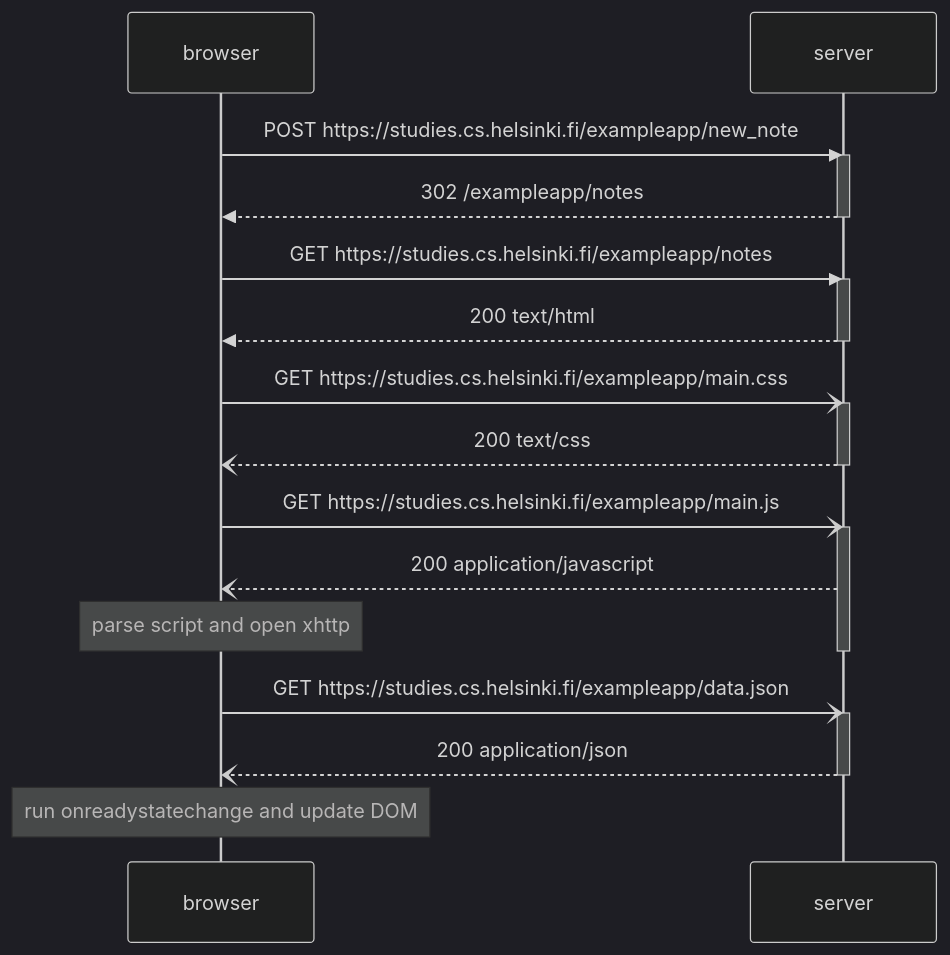
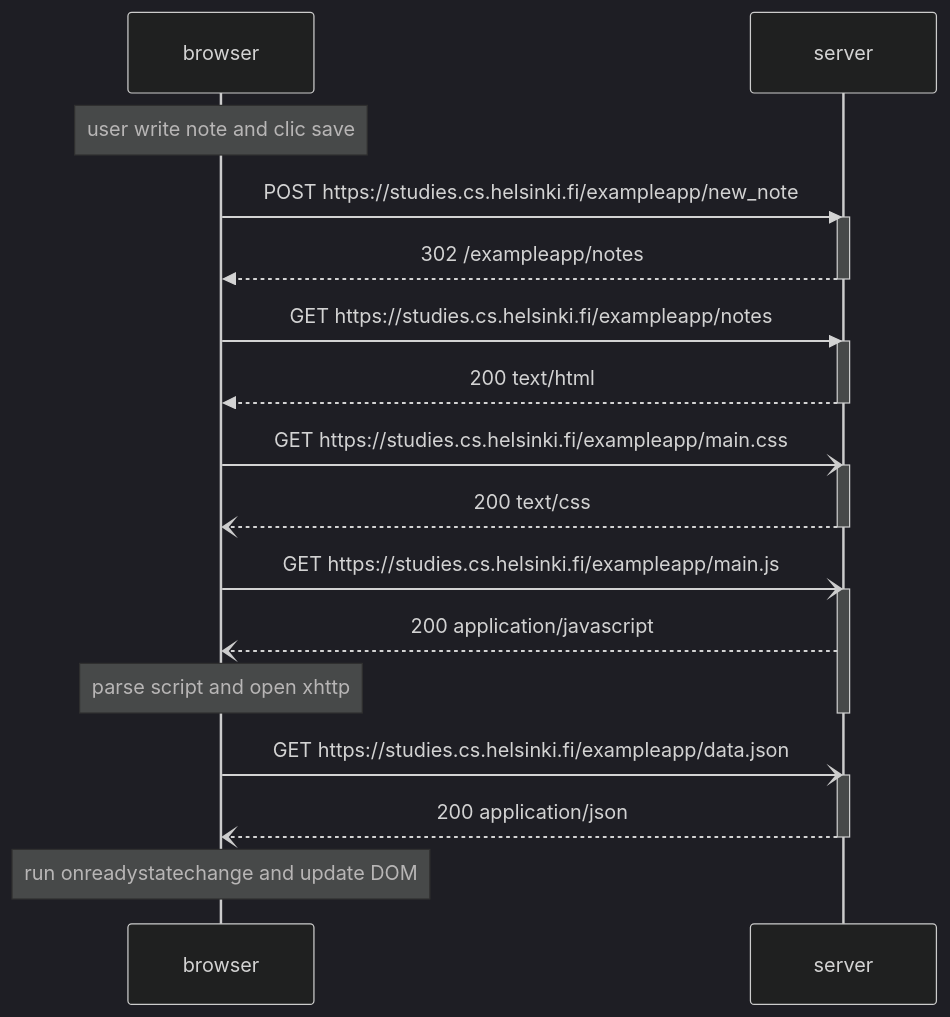
The diagram in part0/4.md (nicok2/fs), drawn with Mermaid (dark theme) before and after one commit. The commit also changed 1 other file, not shown here.

Commit message:
ex 0.4 0.6

````diff
--- a/part0/4.md
+++ b/part0/4.md
@@ -1,35 +1,36 @@
 ```mermaid
 sequenceDiagram
     participant browser
     participant server
 
+    Note over browser: user write note and clic save
     browser->>server: POST https://studies.cs.helsinki.fi/exampleapp/new_note
     activate server
     server-->>browser: 302 /exampleapp/notes
     deactivate server
 
     browser->>server: GET https://studies.cs.helsinki.fi/exampleapp/notes
     activate server
     server-->>browser: 200 text/html
     deactivate server
 
     browser-)server: GET https://studies.cs.helsinki.fi/exampleapp/main.css
     activate server
     server--)browser: 200 text/css
     deactivate server
 
     browser-)server: GET https://studies.cs.helsinki.fi/exampleapp/main.js
     activate server
     server--)browser: 200 application/javascript
     Note over browser: parse script and open xhttp
     deactivate server
 
     browser-)server: GET https://studies.cs.helsinki.fi/exampleapp/data.json
     activate server
     server--)browser: 200 application/json
     deactivate server
     Note over browser: run onreadystatechange and update DOM
     
     
 
 ```
````
